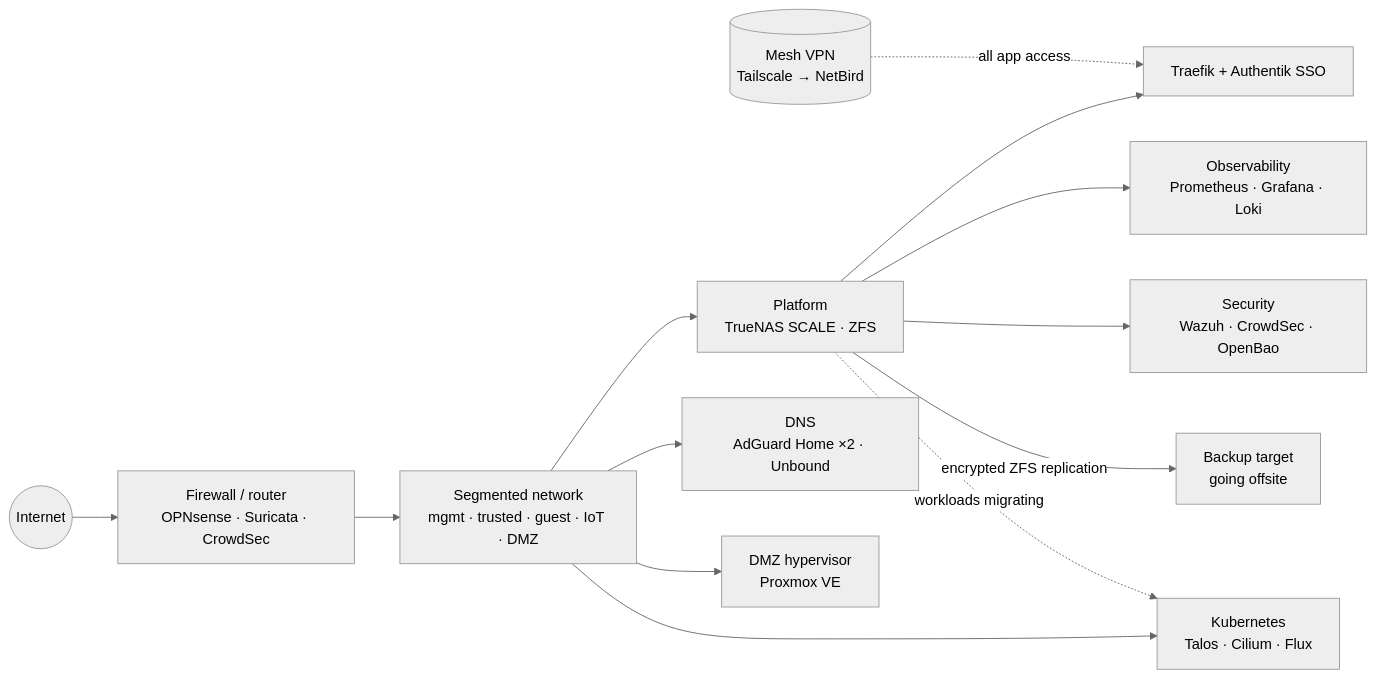
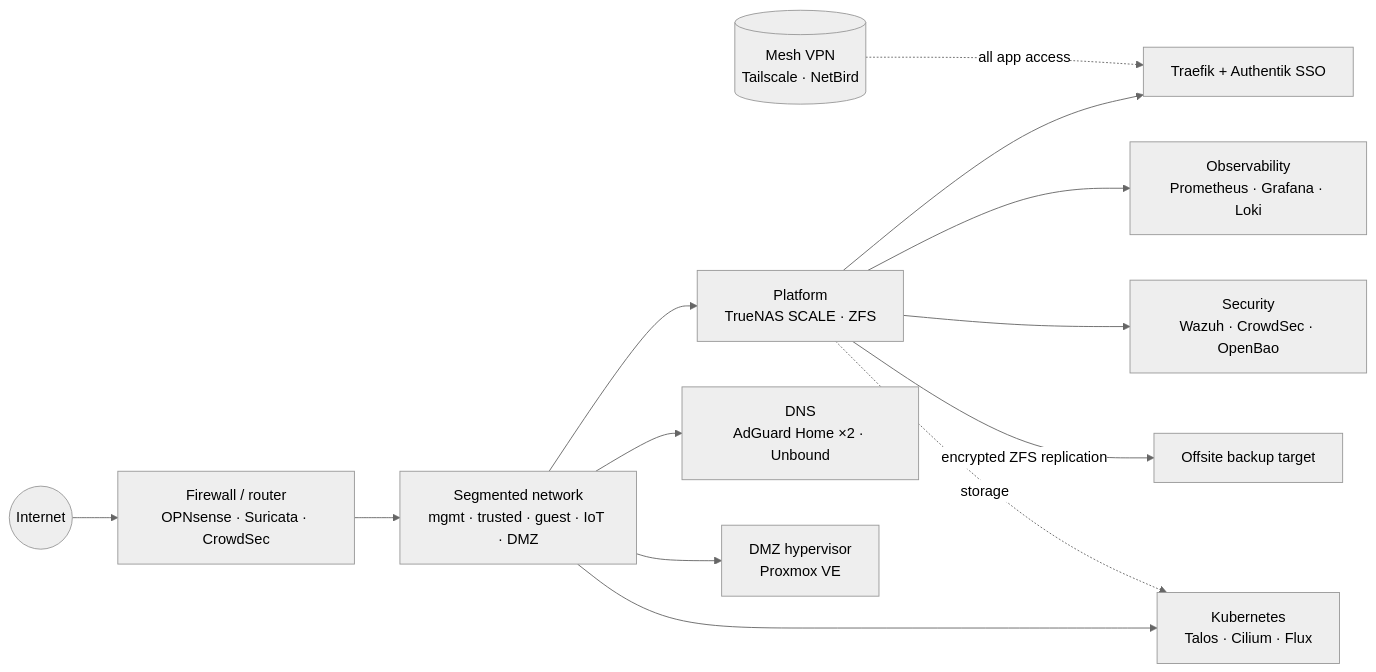
One commit to mselin/mselin changed the diagram in README.md. Above: the diagram before and after it, drawn with Mermaid (neutral theme). The commit also changed other lines of this file, not shown here.

````diff
--- a/README.md
+++ b/README.md
@@ -33,18 +35,18 @@
 ```mermaid
 flowchart LR
   inet((Internet)) --> fw[Firewall / router<br/>OPNsense · Suricata · CrowdSec]
-  vpn[(Mesh VPN<br/>Tailscale → NetBird)] -. all app access .-> ingress
+  vpn[(Mesh VPN<br/>Tailscale · NetBird)] -. all app access .-> ingress
 
   fw --> sw[Segmented network<br/>mgmt · trusted · guest · IoT · DMZ]
 
   sw --> nas[Platform<br/>TrueNAS SCALE · ZFS]
   sw --> dns[DNS<br/>AdGuard Home ×2 · Unbound]
   sw --> dmz[DMZ hypervisor<br/>Proxmox VE]
   sw --> k8s[Kubernetes<br/>Talos · Cilium · Flux]
 
   nas --> ingress[Traefik + Authentik SSO]
   nas --> obs[Observability<br/>Prometheus · Grafana · Loki]
   nas --> sec[Security<br/>Wazuh · CrowdSec · OpenBao]
-  nas -- encrypted ZFS replication --> bak[Backup target<br/>going offsite]
-  nas -. workloads migrating .-> k8s
+  nas -- encrypted ZFS replication --> bak[Offsite backup target]
+  nas -. storage .-> k8s
 ```
````
